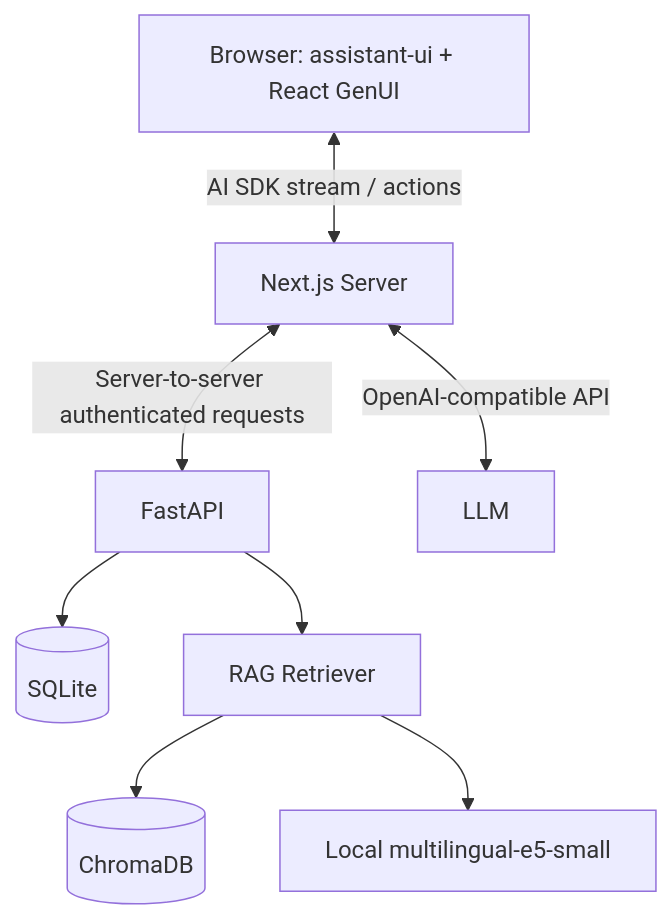
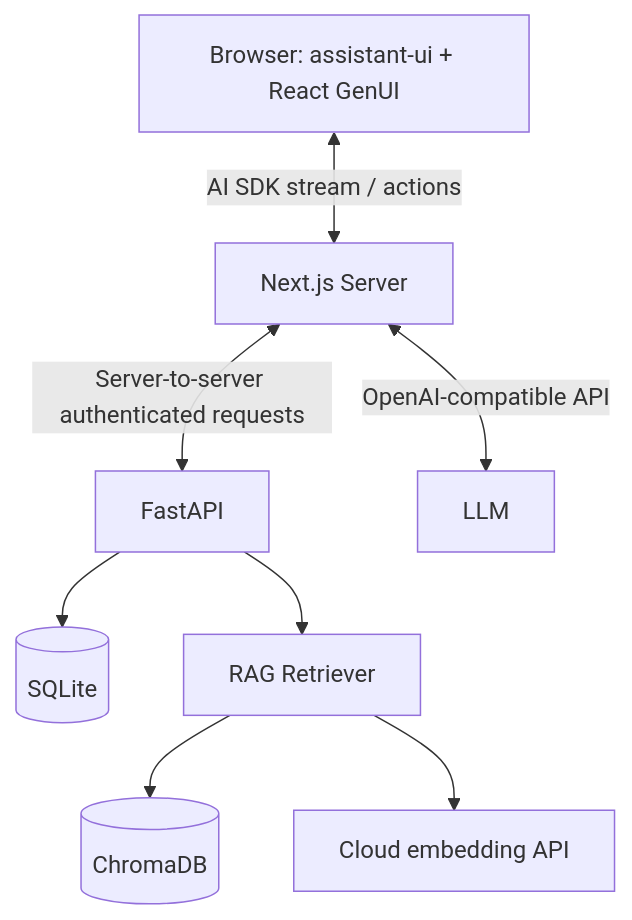
The first of 2 diagrams in docs/SPEC.md (chun040819/Midterm-Project_Intelligent-Telecom-Customer-Service-Assistant), drawn with Mermaid before and after one commit. The commit also changed other lines of this file and 16 other files, not shown here.

````diff
--- a/docs/SPEC.md
+++ b/docs/SPEC.md
@@ -109,10 +109,10 @@
 ```mermaid
 flowchart TB
     U[Browser: assistant-ui + React GenUI] <-->|AI SDK stream / actions| N[Next.js Server]
     N <-->|Server-to-server authenticated requests| F[FastAPI]
     N <-->|OpenAI-compatible API| L[LLM]
     F --> DB[(SQLite)]
     F --> R[RAG Retriever]
     R --> C[(ChromaDB)]
-    R --> E[Local multilingual-e5-small]
+    R --> E[Cloud embedding API]
 ```
````
